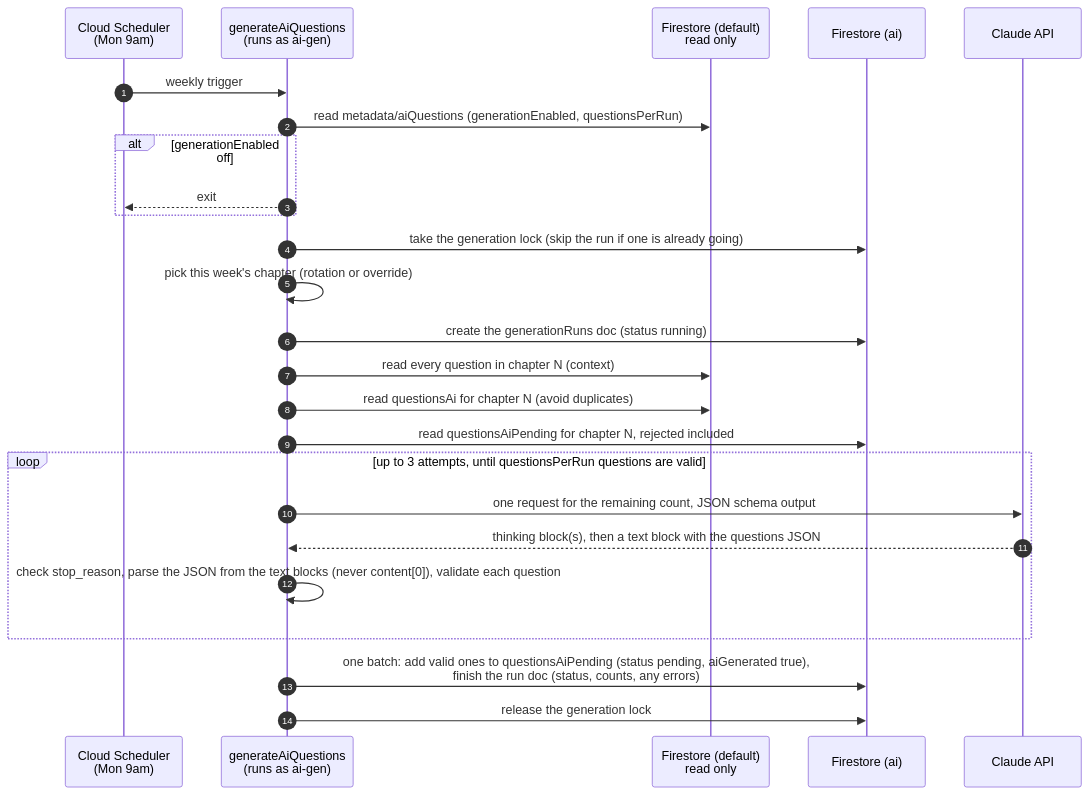
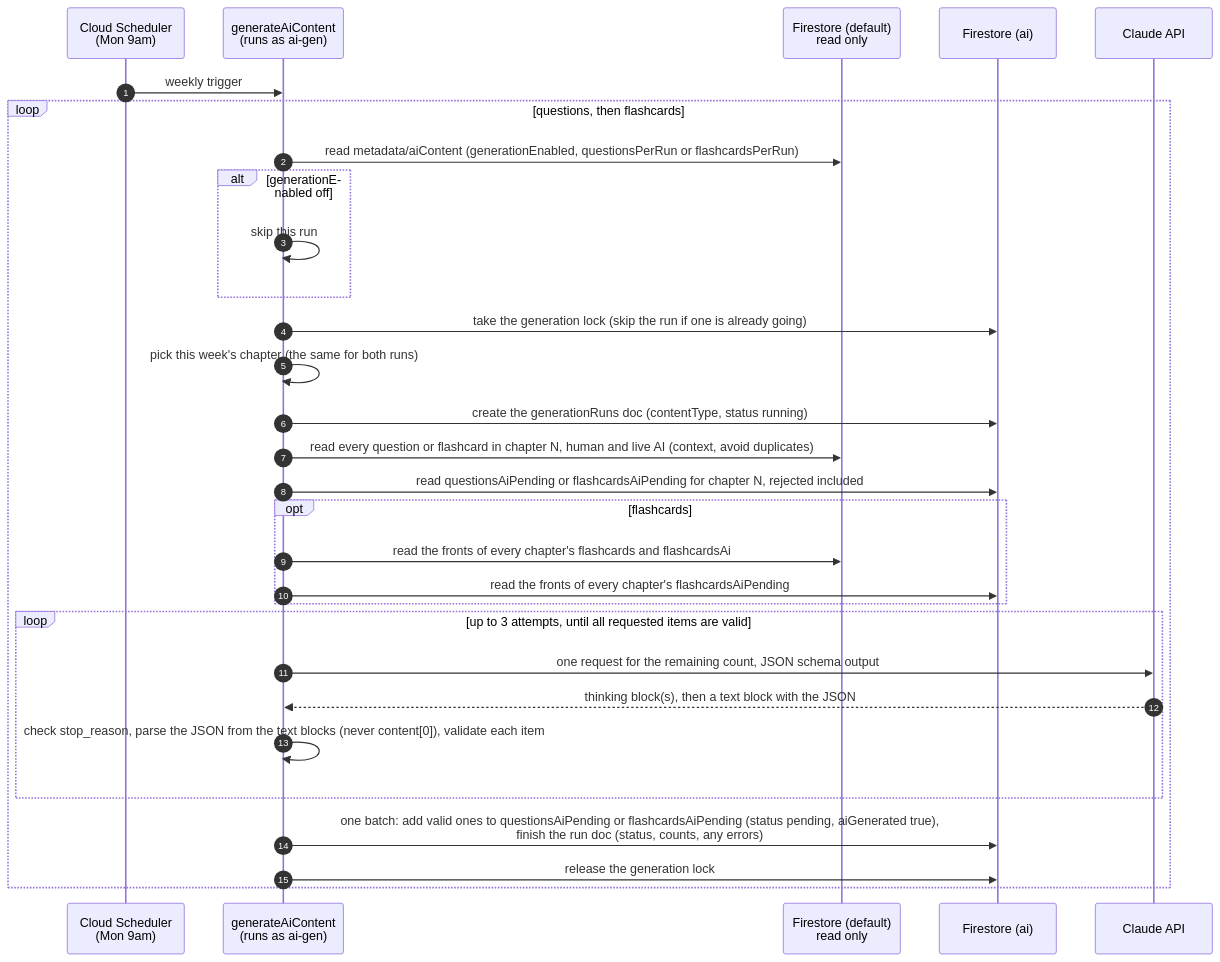
One commit to alexmcdermid/real-estate-quest-ai-gen changed the third of 3 diagrams in docs/ai-question-flow.md. Above: the diagram before and after it, drawn with Mermaid. The commit also changed other lines of this file, not shown here.

Commit message:
docs: cover AI flashcards in the AI content flow doc

````diff
--- a/docs/ai-question-flow.md
+++ b/docs/ai-question-flow.md
@@ -109,28 +110,33 @@
 ```mermaid
 sequenceDiagram
   autonumber
   participant S as Cloud Scheduler<br/>(Mon 9am)
-  participant G as generateAiQuestions<br/>(runs as ai-gen)
+  participant G as generateAiContent<br/>(runs as ai-gen)
   participant D as Firestore (default)<br/>read only
   participant A as Firestore (ai)
   participant C as Claude API
 
   S->>G: weekly trigger
-  G->>D: read metadata/aiQuestions (generationEnabled, questionsPerRun)
-  alt generationEnabled off
-    G-->>S: exit
+  loop questions, then flashcards
+    G->>D: read metadata/aiContent (generationEnabled, questionsPerRun or flashcardsPerRun)
+    alt generationEnabled off
+      G->>G: skip this run
+    end
+    G->>A: take the generation lock (skip the run if one is already going)
+    G->>G: pick this week's chapter (the same for both runs)
+    G->>A: create the generationRuns doc (contentType, status running)
+    G->>D: read every question or flashcard in chapter N, human and live AI (context, avoid duplicates)
+    G->>A: read questionsAiPending or flashcardsAiPending for chapter N, rejected included
+    opt flashcards
+      G->>D: read the fronts of every chapter's flashcards and flashcardsAi
+      G->>A: read the fronts of every chapter's flashcardsAiPending
+    end
+    loop up to 3 attempts, until all requested items are valid
+      G->>C: one request for the remaining count, JSON schema output
+      C-->>G: thinking block(s), then a text block with the JSON
+      G->>G: check stop_reason, parse the JSON from the text blocks (never content[0]), validate each item
+    end
+    G->>A: one batch: add valid ones to questionsAiPending or flashcardsAiPending (status pending, aiGenerated true),<br/>finish the run doc (status, counts, any errors)
+    G->>A: release the generation lock
   end
-  G->>A: take the generation lock (skip the run if one is already going)
-  G->>G: pick this week's chapter (rotation or override)
-  G->>A: create the generationRuns doc (status running)
-  G->>D: read every question in chapter N (context)
-  G->>D: read questionsAi for chapter N (avoid duplicates)
-  G->>A: read questionsAiPending for chapter N, rejected included
-  loop up to 3 attempts, until questionsPerRun questions are valid
-    G->>C: one request for the remaining count, JSON schema output
-    C-->>G: thinking block(s), then a text block with the questions JSON
-    G->>G: check stop_reason, parse the JSON from the text blocks (never content[0]), validate each question
-  end
-  G->>A: one batch: add valid ones to questionsAiPending (status pending, aiGenerated true),<br/>finish the run doc (status, counts, any errors)
-  G->>A: release the generation lock
 ```
````
